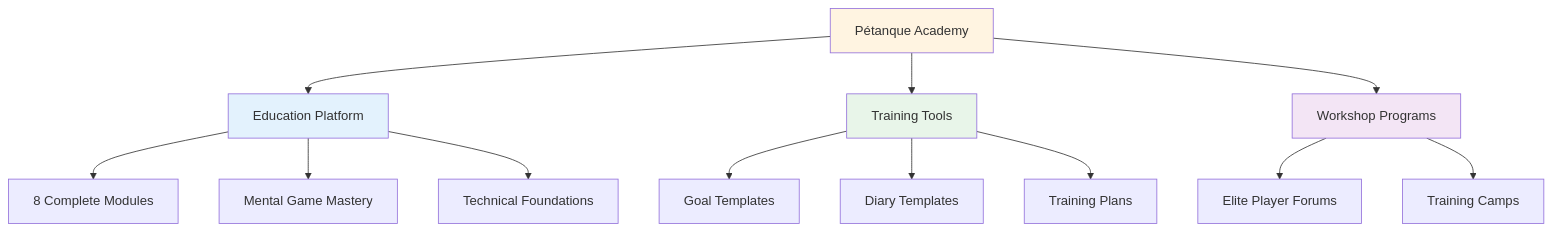
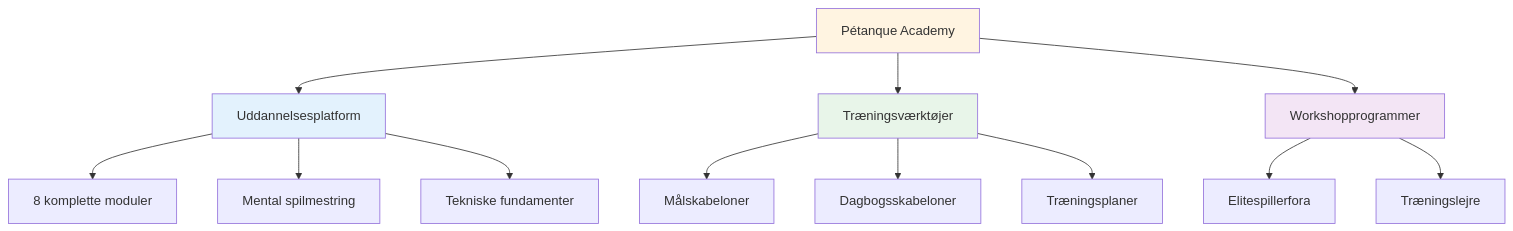
One commit to patwii/petanque-academy changed the first of 2 diagrams in docs/da/news/index.md. Above: the diagram before and after it, drawn with Mermaid. The commit also changed other lines of this file and 532 other files, not shown here.

````diff
--- a/docs/da/news/index.md
+++ b/docs/da/news/index.md
@@ -13,22 +13,22 @@
 ```mermaid
 graph TD
-    A[Pétanque Academy] --> B[Education Platform]
-    A --> C[Training Tools]
-    A --> D[Workshop Programs]
+    A[Pétanque Academy] --> B[Uddannelsesplatform]
+    A --> C[Træningsværktøjer]
+    A --> D[Workshopprogrammer]
 
-    B --> E[8 Complete Modules]
-    B --> F[Mental Game Mastery]
-    B --> G[Technical Foundations]
+    B --> E[8 komplette moduler]
+    B --> F[Mental spilmestring]
+    B --> G[Tekniske fundamenter]
 
-    C --> H[Goal Templates]
-    C --> I[Diary Templates]
-    C --> J[Training Plans]
+    C --> H[Målskabeloner]
+    C --> I[Dagbogsskabeloner]
+    C --> J[Træningsplaner]
 
-    D --> K[Elite Player Forums]
-    D --> L[Training Camps]
+    D --> K[Elitespillerfora]
+    D --> L[Træningslejre]
 
     style A fill:#fff4e1
     style B fill:#e3f2fd
     style C fill:#e8f5e9
     style D fill:#f3e5f5
 ```
````
